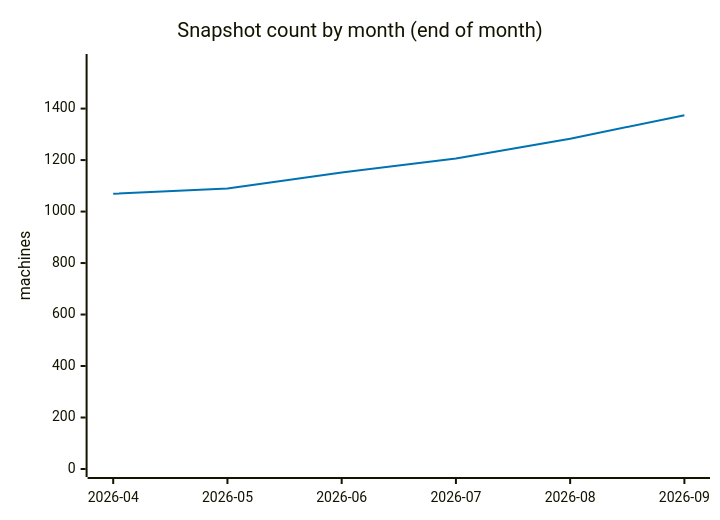
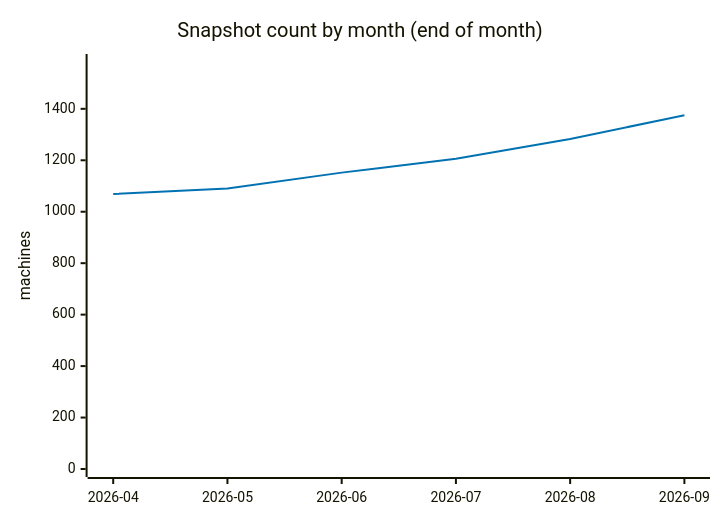
Before and after one commit to cheeaun/returnright-data: the fourth of 5 diagrams in ANALYSIS.md, drawn with Mermaid. The commit also changed other lines of this file and 4 other files, not shown here.

````diff
--- a/ANALYSIS.md
+++ b/ANALYSIS.md
@@ -247,13 +249,13 @@
 ```mermaid
 ---
 config:
   themeVariables:
     xyChart:
       plotColorPalette: "#0072B2"
 ---
 xychart-beta
     title "Snapshot count by month (end of month)"
     x-axis ["2026-04", "2026-05", "2026-06", "2026-07", "2026-08", "2026-09"]
-    y-axis "machines" 0 --> 1581
-    line [1069, 1090, 1152, 1206, 1283, 1374]
+    y-axis "machines" 0 --> 1582
+    line [1069, 1090, 1152, 1206, 1283, 1375]
 ```
````
